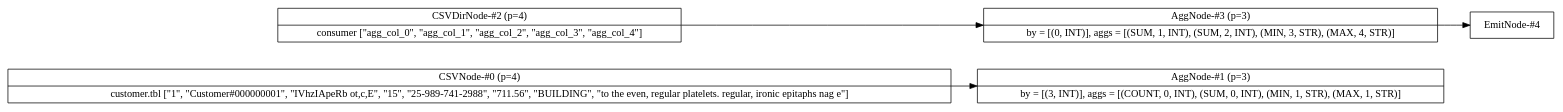
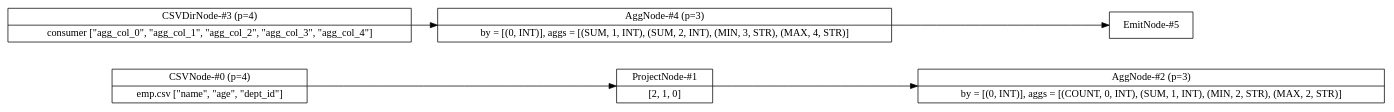
One commit to adarshpannu/kona changed the diagram in flow.dot. Above: the diagram before and after it, drawn with Graphviz. The commit also changed 4 other files, not shown here.

Commit message:
Flow running again

```diff
--- a/flow.dot
+++ b/flow.dot
@@ -1,14 +1,16 @@
 digraph example1 {
     node [shape=record];
     rankdir=LR;
     splines=polyline;
     nodesep=0.5;
-    Node0[label="CSVNode-#0 (p=4)|customer.tbl [\"1\", \"Customer#000000001\", \"IVhzIApeRb ot,c,E\", \"15\", \"25-989-741-2988\", \"711.56\", \"BUILDING\", \"to the even, regular platelets. regular, ironic epitaphs nag e\"]"];
-    Node1[label="AggNode-#1 (p=3)|by = [(3, INT)], aggs = [(COUNT, 0, INT), (SUM, 0, INT), (MIN, 1, STR), (MAX, 1, STR)]"];
+    Node0[label="CSVNode-#0 (p=4)|emp.csv [\"name\", \"age\", \"dept_id\"]"];
+    Node1[label="ProjectNode-#1|[2, 1, 0]"];
     Node0 -> Node1;
-    Node2[label="CSVDirNode-#2 (p=4)|consumer [\"agg_col_0\", \"agg_col_1\", \"agg_col_2\", \"agg_col_3\", \"agg_col_4\"]"];
-    Node3[label="AggNode-#3 (p=3)|by = [(0, INT)], aggs = [(SUM, 1, INT), (SUM, 2, INT), (MIN, 3, STR), (MAX, 4, STR)]"];
-    Node2 -> Node3;
-    Node4[label="EmitNode-#4"];
+    Node2[label="AggNode-#2 (p=3)|by = [(0, INT)], aggs = [(COUNT, 0, INT), (SUM, 1, INT), (MIN, 2, STR), (MAX, 2, STR)]"];
+    Node1 -> Node2;
+    Node3[label="CSVDirNode-#3 (p=4)|consumer [\"agg_col_0\", \"agg_col_1\", \"agg_col_2\", \"agg_col_3\", \"agg_col_4\"]"];
+    Node4[label="AggNode-#4 (p=3)|by = [(0, INT)], aggs = [(SUM, 1, INT), (SUM, 2, INT), (MIN, 3, STR), (MAX, 4, STR)]"];
     Node3 -> Node4;
+    Node5[label="EmitNode-#5"];
+    Node4 -> Node5;
 }
```
